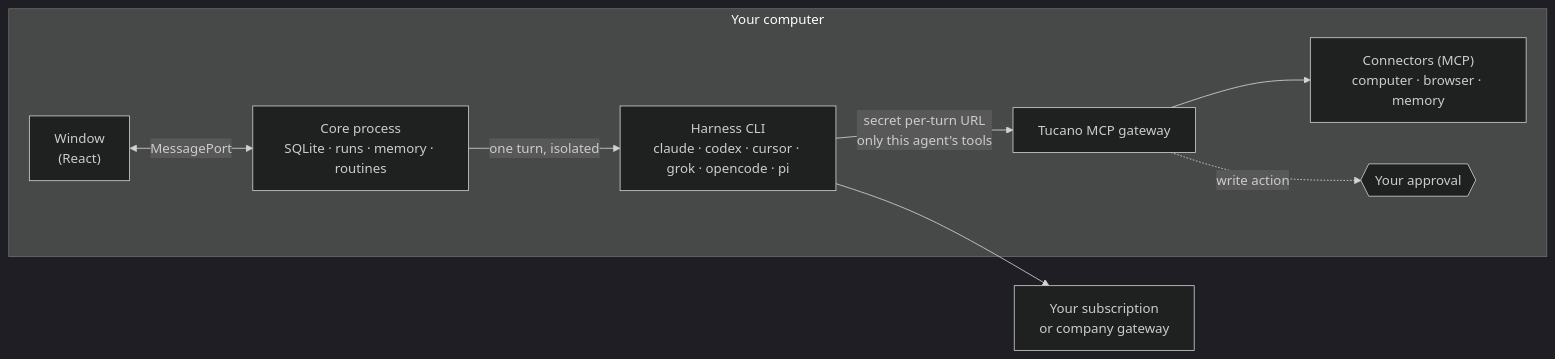
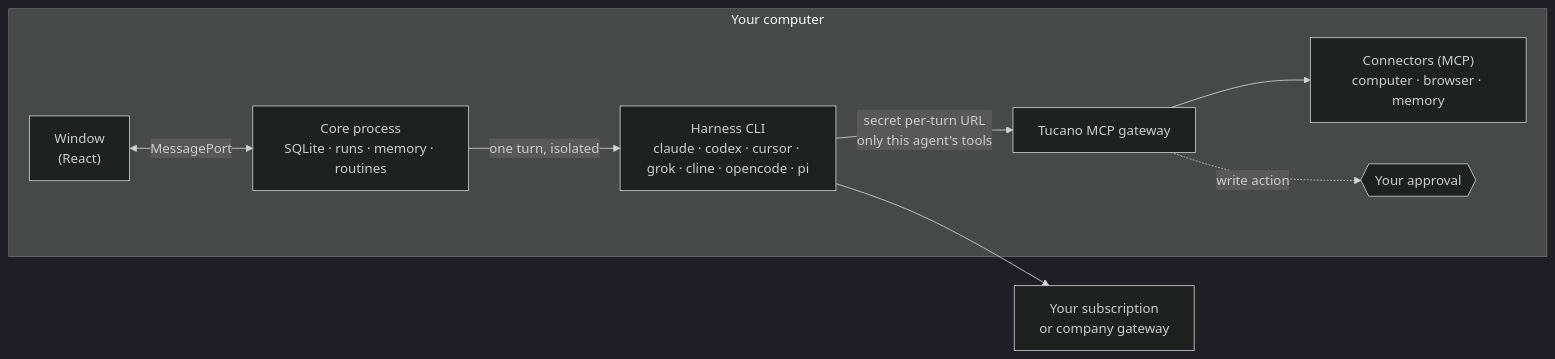
Before and after one commit to eduwxyz/tucano: the diagram in README.md, drawn with Mermaid (dark theme). The commit also changed other lines of this file and 69 other files, not shown here.

First line of the commit message:
Add Cline CLI as a harness

````diff
--- a/README.md
+++ b/README.md
@@ -162,11 +163,11 @@
 ```mermaid
 flowchart LR
   subgraph Mac["Your computer"]
     UI["Window<br/>(React)"] <-->|MessagePort| Core["Core process<br/>SQLite · runs · memory · routines"]
-    Core -->|"one turn, isolated"| CLI["Harness CLI<br/>claude · codex · cursor · grok · opencode · pi"]
+    Core -->|"one turn, isolated"| CLI["Harness CLI<br/>claude · codex · cursor · grok · cline · opencode · pi"]
     CLI -->|"secret per-turn URL<br/>only this agent's tools"| GW["Tucano MCP gateway"]
     GW --> Tools["Connectors (MCP)<br/>computer · browser · memory"]
     GW -.->|"write action"| OK{{"Your approval"}}
   end
   CLI --> Model["Your subscription<br/>or company gateway"]
 ```
````
